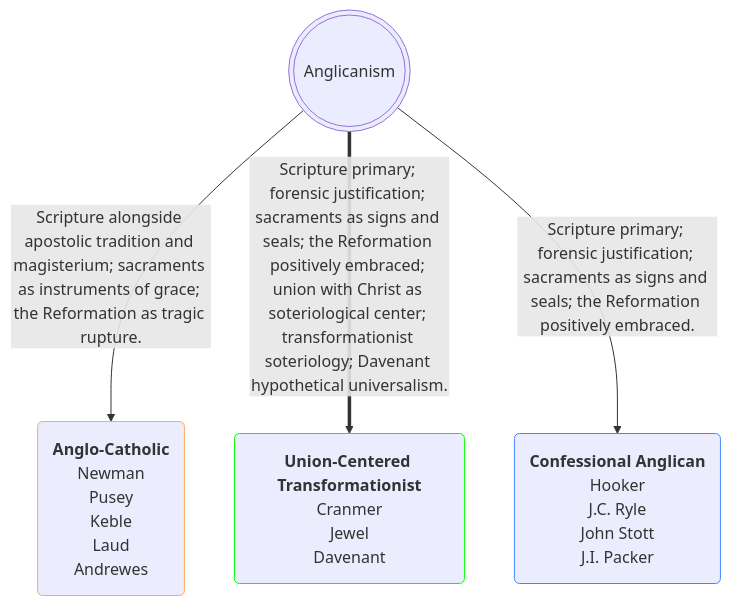
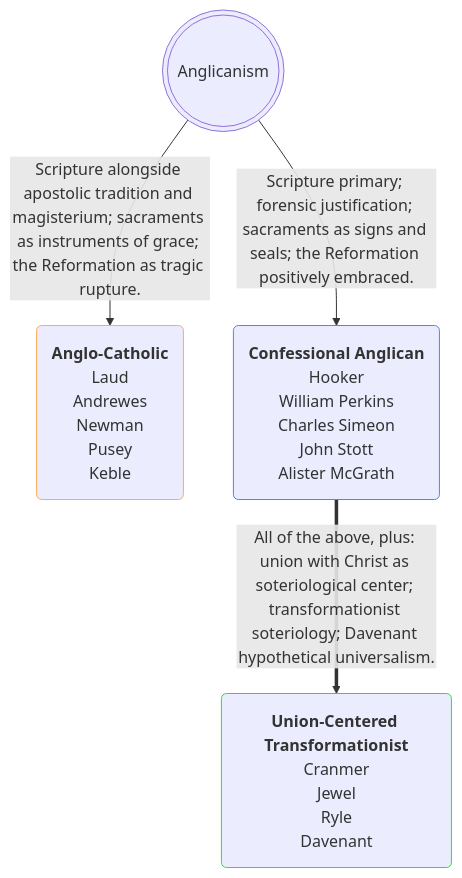
One commit to OrdoLuminis/ordoluminis.github.io changed the first of 2 diagrams in _posts/2026-03-27-confessional-transformationist-anglo-catholic.markdown. Above: the diagram before and after it, drawn with Mermaid. The commit also changed other lines of this file, not shown here.

Commit message:
chart update

````diff
--- a/_posts/2026-03-27-confessional-transformationist-anglo-catholic.markdown
+++ b/_posts/2026-03-27-confessional-transformationist-anglo-catholic.markdown
@@ -44,10 +44,10 @@
 ```mermaid
 flowchart TD
     A(((Anglicanism)))
-    A -->|Scripture alongside apostolic tradition and magisterium; sacraments as instruments of grace; the Reformation as tragic rupture.| B(<strong>Anglo-Catholic</strong><br>Newman<br>Pusey<br>Keble<br>Laud<br>Andrewes):::orange
-    A ==>|Scripture primary; forensic justification; sacraments as signs and seals; the Reformation positively embraced; union with Christ as soteriological center; transformationist soteriology; Davenant hypothetical universalism.| D(<strong>Union-Centered Transformationist</strong><br>Cranmer<br>Jewel<br>Davenant):::green
-    A -->|Scripture primary; forensic justification; sacraments as signs and seals; the Reformation positively embraced.| C(<strong>Confessional Anglican</strong><br>Hooker<br>J.C. Ryle<br>John Stott<br>J.I. Packer):::blue
+    A -->|Scripture alongside apostolic tradition and magisterium; sacraments as instruments of grace; the Reformation as tragic rupture.| B(<strong>Anglo-Catholic</strong><br>Laud<br>Andrewes<br>Newman<br>Pusey<br>Keble):::orange
+    A -->|Scripture primary; forensic justification; sacraments as signs and seals; the Reformation positively embraced.| C(<strong>Confessional Anglican</strong><br>Hooker<br>William Perkins<br>Charles Simeon<br>John Stott<br>Alister McGrath):::blue
+    C ==>|All of the above, plus: union with Christ as soteriological center; transformationist soteriology; Davenant hypothetical universalism.| D(<strong>Union-Centered Transformationist</strong><br>Cranmer<br>Jewel<br>Ryle<br>Davenant):::green
     classDef green stroke:#0f0
     classDef orange stroke:#fa5
     classDef blue stroke:#48f
 ```
````
